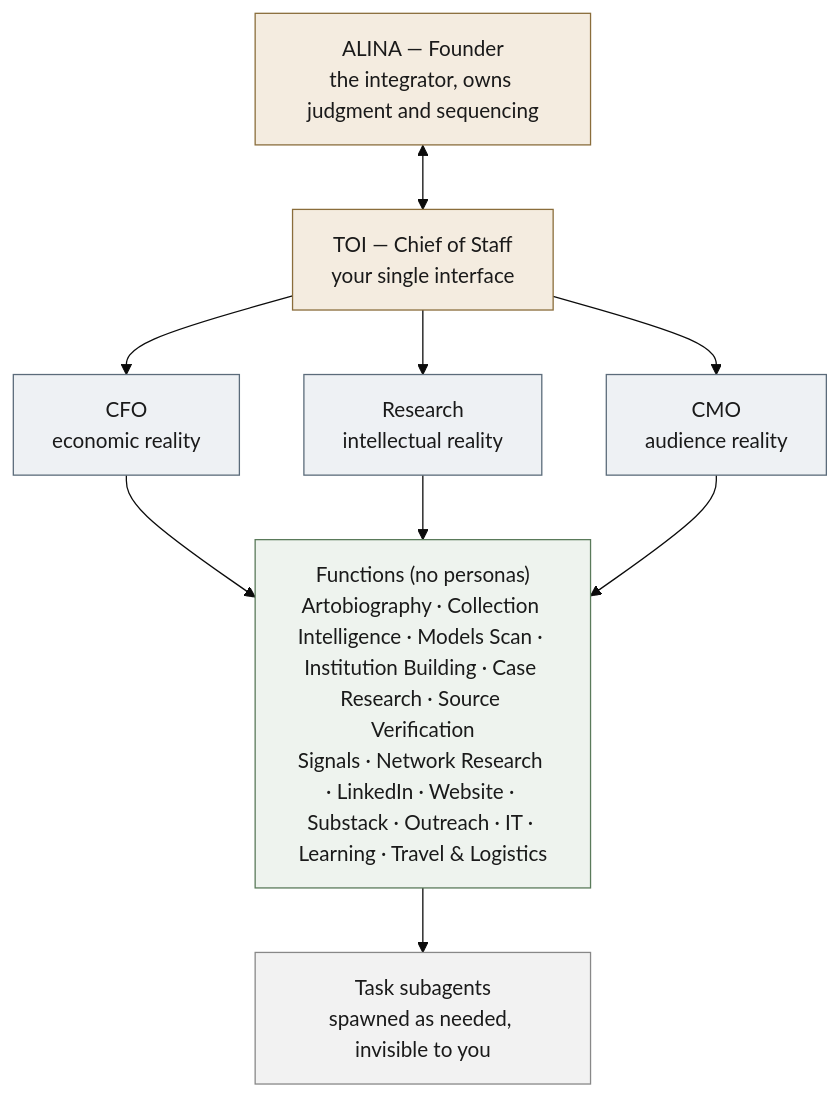
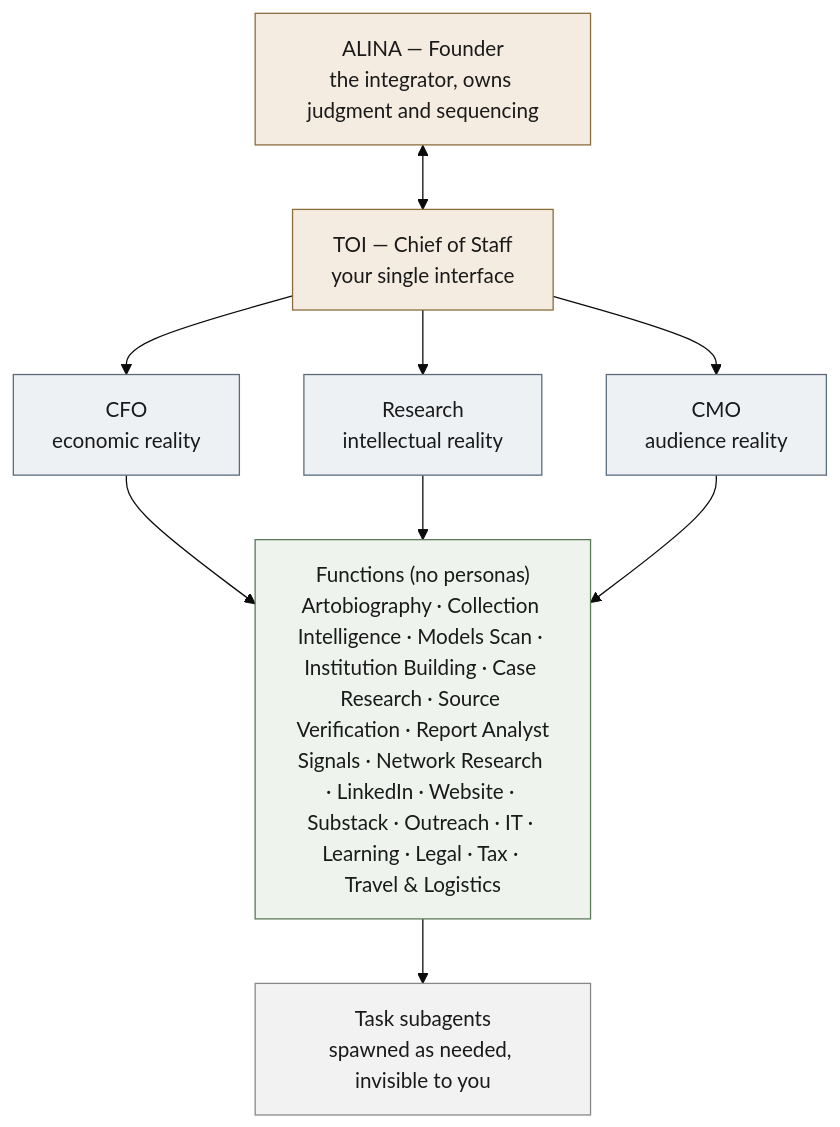
One commit to alinaokun/nariway-art changed the diagram in company/executive-model.md. Above: the diagram before and after it, drawn with Mermaid (base theme). The commit also changed other lines of this file and 3 other files, not shown here.

Commit message:
Add Legal and Tax watch functions; wire daily check-in email; record Pulsar Innovation LLC entity

````diff
--- a/company/executive-model.md
+++ b/company/executive-model.md
@@ -7,28 +7,28 @@
 ```mermaid
 flowchart TD
     A["ALINA — Founder<br/>the integrator, owns judgment and sequencing"]
     TOI["TOI — Chief of Staff<br/>your single interface"]
     CFO["CFO<br/>economic reality"]
     RES["Research<br/>intellectual reality"]
     CMO["CMO<br/>audience reality"]
-    FUN["Functions (no personas)<br/>Artobiography · Collection Intelligence · Models Scan · Institution Building · Case Research · Source Verification<br/>Signals · Network Research · LinkedIn · Website · Substack · Outreach · IT · Learning · Travel & Logistics"]
+    FUN["Functions (no personas)<br/>Artobiography · Collection Intelligence · Models Scan · Institution Building · Case Research · Source Verification · Report Analyst<br/>Signals · Network Research · LinkedIn · Website · Substack · Outreach · IT · Learning · Legal · Tax · Travel & Logistics"]
     SUB["Task subagents<br/>spawned as needed, invisible to you"]
 
     A <--> TOI
     TOI --> CFO
     TOI --> RES
     TOI --> CMO
     CFO --> FUN
     RES --> FUN
     CMO --> FUN
     FUN --> SUB
 
     classDef founder fill:#f4ece0,stroke:#8a6d3b,color:#1a1a1a;
     classDef lens fill:#eef1f4,stroke:#5b6b7a,color:#1a1a1a;
     classDef fun fill:#eef3ee,stroke:#5a7a5a,color:#1a1a1a;
     classDef sub fill:#f2f2f2,stroke:#888,color:#1a1a1a;
     class A,TOI founder;
     class CFO,RES,CMO lens;
     class FUN fun;
     class SUB sub;
 ```
````
